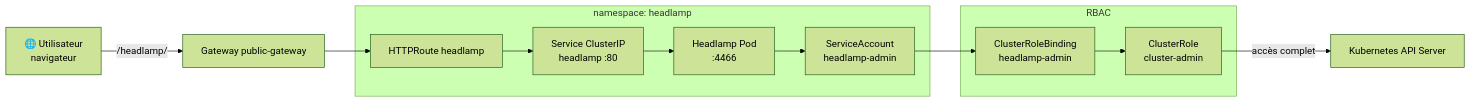
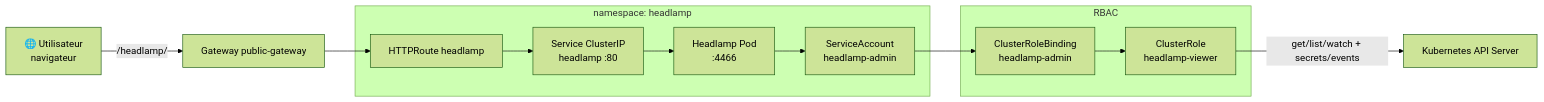
Before and after one commit to PikPakPik/T-CLO-902-NAN_1: the diagram in docs/headlamp.md, drawn with Mermaid (forest theme). The commit also changed other lines of this file and 2 other files, not shown here.

First line of the commit message:
refactor(headlamp): update ClusterRole and documentation for enhanced permissions

````diff
--- a/docs/headlamp.md
+++ b/docs/headlamp.md
@@ -7,22 +7,22 @@
 ```mermaid
 flowchart LR
     user[🌐 Utilisateur\nnavigateur] -->|/headlamp/| gw
     gw[Gateway public-gateway] --> route[HTTPRoute headlamp]
 
     subgraph ns[namespace: headlamp]
         route --> svc[Service ClusterIP\nheadlamp :80]
         pod[Headlamp Pod\n:4466]
         sa[ServiceAccount\nheadlamp-admin]
         svc --> pod
         pod --> sa
     end
 
     subgraph rbac[RBAC]
         crb[ClusterRoleBinding\nheadlamp-admin]
-        cr[ClusterRole\ncluster-admin]
+        cr[ClusterRole\nheadlamp-viewer]
         crb --> cr
     end
 
     sa --> crb
-    cr -->|accès complet| api[Kubernetes API Server]
+    cr -->|get/list/watch + secrets/events| api[Kubernetes API Server]
 ```
````
